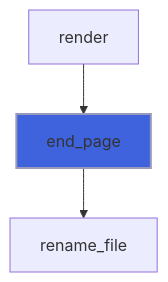
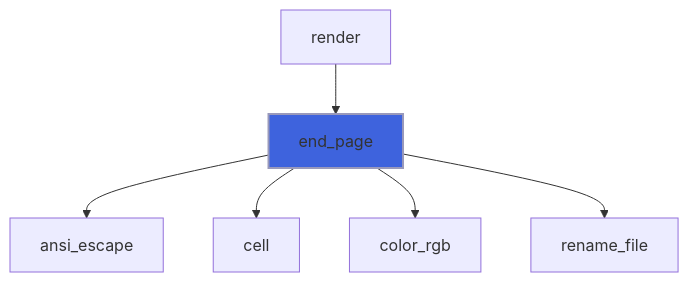
Before and after one commit to szaghi/foresight: the fourth of 30 diagrams in docs/api/src/lib/foresight_backend_dumb.md, drawn with Mermaid. The commit also changed other lines of this file and 97 other files, not shown here.

````diff
--- a/docs/api/src/lib/foresight_backend_dumb.md
+++ b/docs/api/src/lib/foresight_backend_dumb.md
@@ -173,6 +196,9 @@
 ```mermaid
 flowchart TD
   render["render"] --> end_page["end_page"]
+  end_page["end_page"] --> ansi_escape["ansi_escape"]
+  end_page["end_page"] --> cell["cell"]
+  end_page["end_page"] --> color_rgb["color_rgb"]
   end_page["end_page"] --> rename_file["rename_file"]
   style end_page fill:#3e63dd,stroke:#99b,stroke-width:2px
 ```
````
